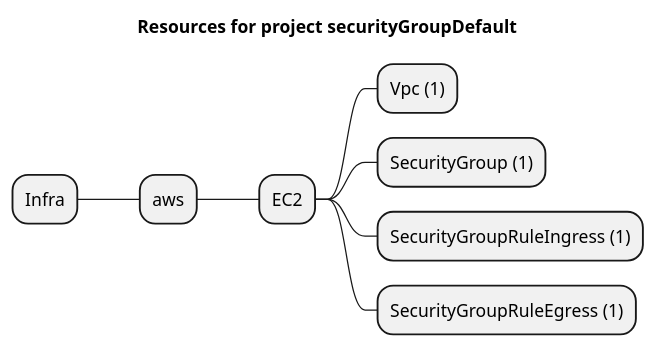
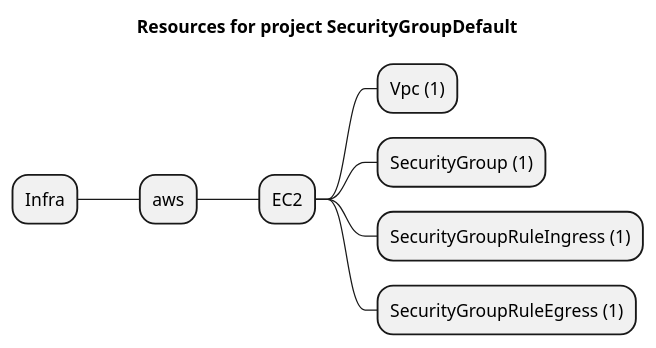
Before and after one commit to grucloud/grucloud: the diagram in examples/aws/ec2/securityGroupDefault/artifacts/resources-mindmap.puml, drawn with PlantUML. The commit also changed 93 other files, not shown here.

```diff
--- a/examples/aws/ec2/securityGroupDefault/artifacts/resources-mindmap.puml
+++ b/examples/aws/ec2/securityGroupDefault/artifacts/resources-mindmap.puml
@@ -1,11 +1,11 @@
 @startmindmap
-title Resources for project securityGroupDefault
+title Resources for project SecurityGroupDefault
 skinparam monochrome true
 + Infra
 ++ aws
 +++ EC2
 ++++ Vpc (1)
 ++++ SecurityGroup (1)
 ++++ SecurityGroupRuleIngress (1)
 ++++ SecurityGroupRuleEgress (1)
 @endmindmap
```
